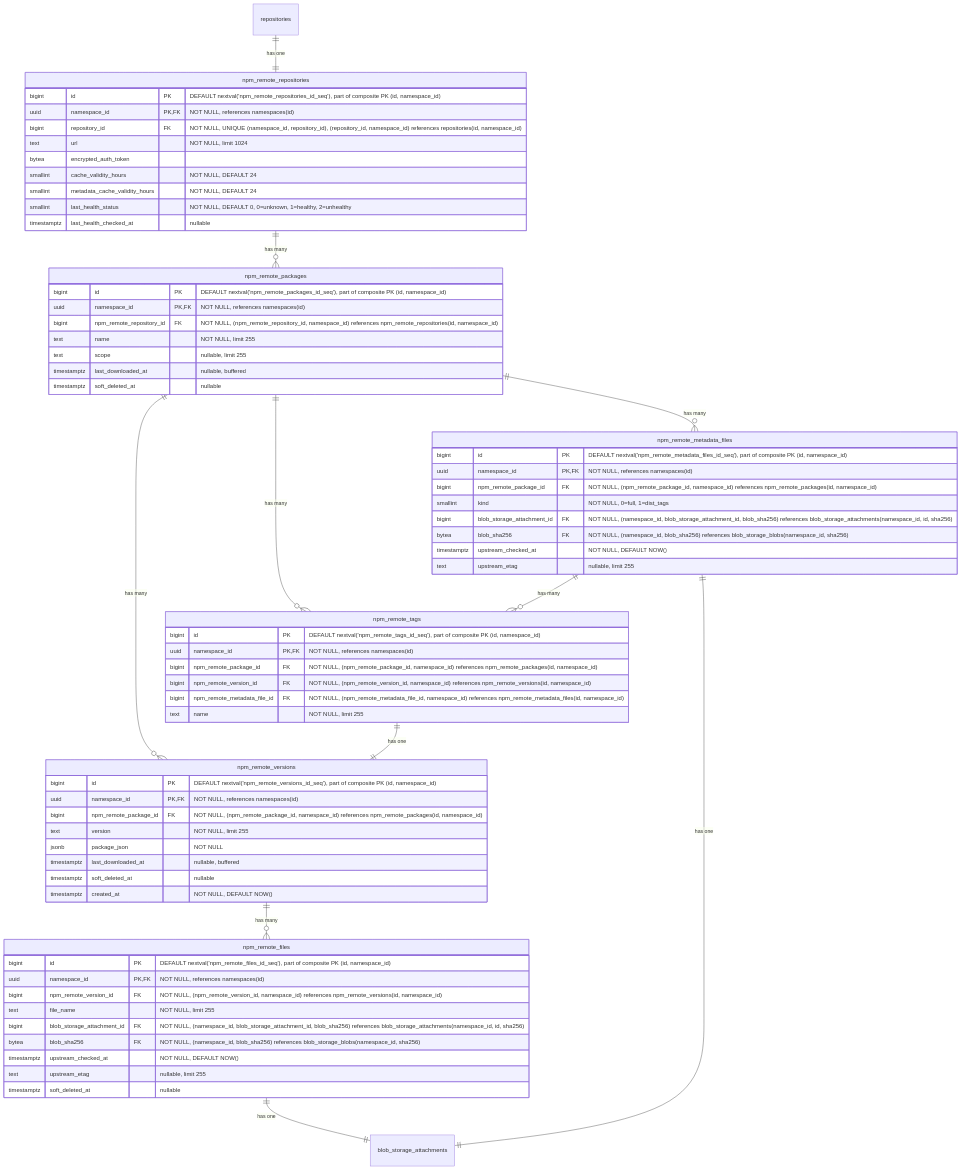
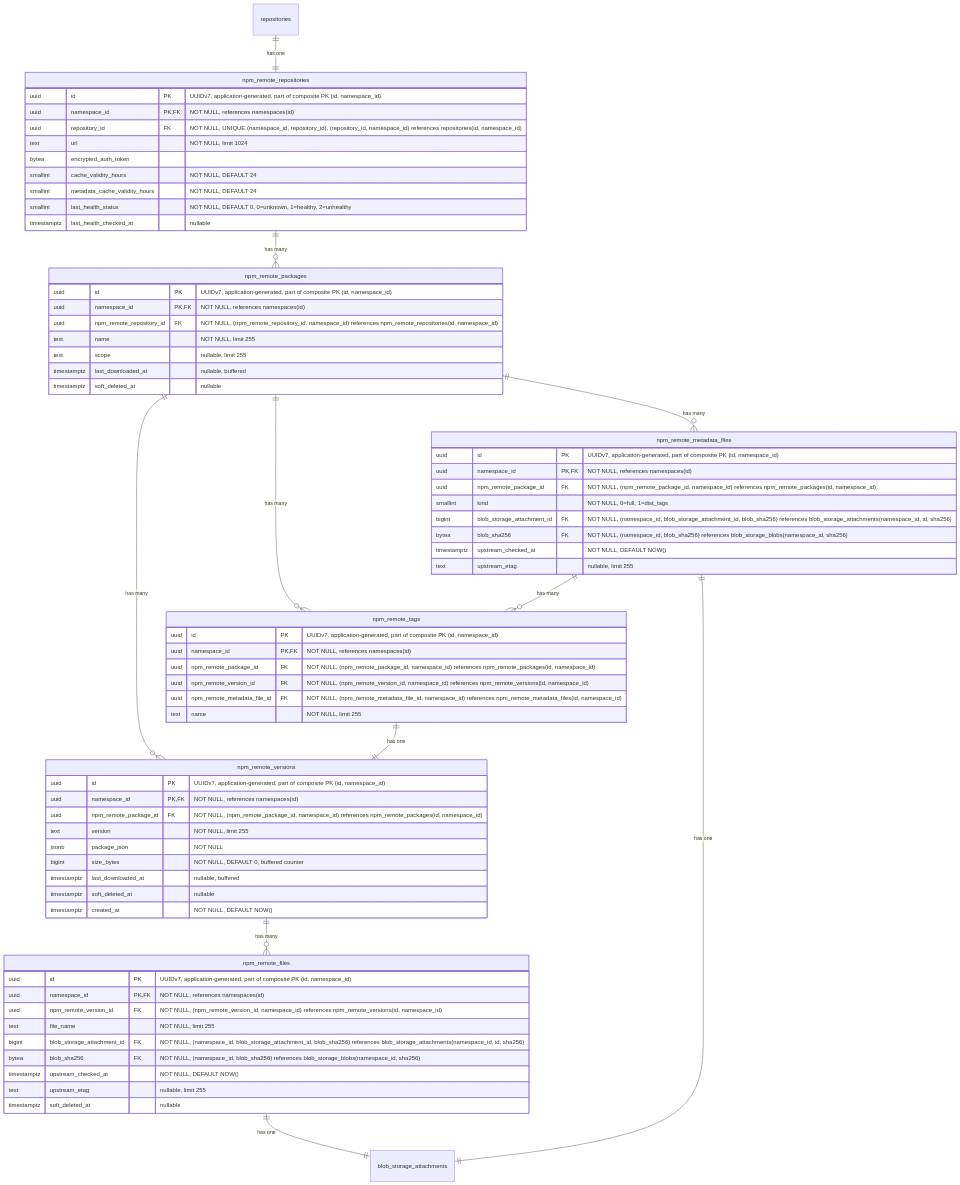
Diagram 14 of 19 in content/handbook/engineering/architecture/design-documents/artifact_registry/decisions/007_database_schema.md (kyama0/gitlab-handbook-ja), drawn with Mermaid before and after one commit. The commit also changed other lines of this file and 105 other files, not shown here.

````diff
--- a/content/handbook/engineering/architecture/design-documents/artifact_registry/decisions/007_database_schema.md
+++ b/content/handbook/engineering/architecture/design-documents/artifact_registry/decisions/007_database_schema.md
@@ -1271,78 +1286,79 @@
 ```mermaid
 erDiagram
     repositories ||--|| npm_remote_repositories : "has one"
     npm_remote_repositories ||--o{ npm_remote_packages : "has many"
     npm_remote_packages ||--o{ npm_remote_versions : "has many"
     npm_remote_packages ||--o{ npm_remote_tags : "has many"
     npm_remote_packages ||--o{ npm_remote_metadata_files : "has many"
     npm_remote_metadata_files ||--o{ npm_remote_tags : "has many"
     npm_remote_versions ||--o{ npm_remote_files : "has many"
     npm_remote_tags ||--|| npm_remote_versions : "has one"
     npm_remote_metadata_files ||--|| blob_storage_attachments : "has one"
     npm_remote_files ||--|| blob_storage_attachments : "has one"
 
     npm_remote_repositories {
-        bigint id PK "DEFAULT nextval('npm_remote_repositories_id_seq'), part of composite PK (id, namespace_id)"
+        uuid id PK "UUIDv7, application-generated, part of composite PK (id, namespace_id)"
         uuid namespace_id PK,FK "NOT NULL, references namespaces(id)"
-        bigint repository_id FK "NOT NULL, UNIQUE (namespace_id, repository_id), (repository_id, namespace_id) references repositories(id, namespace_id)"
+        uuid repository_id FK "NOT NULL, UNIQUE (namespace_id, repository_id), (repository_id, namespace_id) references repositories(id, namespace_id)"
         text url "NOT NULL, limit 1024"
         bytea encrypted_auth_token
         smallint cache_validity_hours "NOT NULL, DEFAULT 24"
         smallint metadata_cache_validity_hours "NOT NULL, DEFAULT 24"
         smallint last_health_status "NOT NULL, DEFAULT 0, 0=unknown, 1=healthy, 2=unhealthy"
         timestamptz last_health_checked_at "nullable"
     }
 
     npm_remote_packages {
-        bigint id PK "DEFAULT nextval('npm_remote_packages_id_seq'), part of composite PK (id, namespace_id)"
+        uuid id PK "UUIDv7, application-generated, part of composite PK (id, namespace_id)"
         uuid namespace_id PK,FK "NOT NULL, references namespaces(id)"
-        bigint npm_remote_repository_id FK "NOT NULL, (npm_remote_repository_id, namespace_id) references npm_remote_repositories(id, namespace_id)"
+        uuid npm_remote_repository_id FK "NOT NULL, (npm_remote_repository_id, namespace_id) references npm_remote_repositories(id, namespace_id)"
         text name "NOT NULL, limit 255"
         text scope "nullable, limit 255"
         timestamptz last_downloaded_at "nullable, buffered"
         timestamptz soft_deleted_at "nullable"
     }
 
     npm_remote_versions {
-        bigint id PK "DEFAULT nextval('npm_remote_versions_id_seq'), part of composite PK (id, namespace_id)"
+        uuid id PK "UUIDv7, application-generated, part of composite PK (id, namespace_id)"
         uuid namespace_id PK,FK "NOT NULL, references namespaces(id)"
-        bigint npm_remote_package_id FK "NOT NULL, (npm_remote_package_id, namespace_id) references npm_remote_packages(id, namespace_id)"
+        uuid npm_remote_package_id FK "NOT NULL, (npm_remote_package_id, namespace_id) references npm_remote_packages(id, namespace_id)"
         text version "NOT NULL, limit 255"
         jsonb package_json "NOT NULL"
+        bigint size_bytes "NOT NULL, DEFAULT 0, buffered counter"
         timestamptz last_downloaded_at "nullable, buffered"
         timestamptz soft_deleted_at "nullable"
         timestamptz created_at "NOT NULL, DEFAULT NOW()"
     }
 
     npm_remote_tags {
-        bigint id PK "DEFAULT nextval('npm_remote_tags_id_seq'), part of composite PK (id, namespace_id)"
+        uuid id PK "UUIDv7, application-generated, part of composite PK (id, namespace_id)"
         uuid namespace_id PK,FK "NOT NULL, references namespaces(id)"
-        bigint npm_remote_package_id FK "NOT NULL, (npm_remote_package_id, namespace_id) references npm_remote_packages(id, namespace_id)"
-        bigint npm_remote_version_id FK "NOT NULL, (npm_remote_version_id, namespace_id) references npm_remote_versions(id, namespace_id)"
-        bigint npm_remote_metadata_file_id FK "NOT NULL, (npm_remote_metadata_file_id, namespace_id) references npm_remote_metadata_files(id, namespace_id)"
+        uuid npm_remote_package_id FK "NOT NULL, (npm_remote_package_id, namespace_id) references npm_remote_packages(id, namespace_id)"
+        uuid npm_remote_version_id FK "NOT NULL, (npm_remote_version_id, namespace_id) references npm_remote_versions(id, namespace_id)"
+        uuid npm_remote_metadata_file_id FK "NOT NULL, (npm_remote_metadata_file_id, namespace_id) references npm_remote_metadata_files(id, namespace_id)"
         text name "NOT NULL, limit 255"
     }
 
     npm_remote_metadata_files {
-        bigint id PK "DEFAULT nextval('npm_remote_metadata_files_id_seq'), part of composite PK (id, namespace_id)"
+        uuid id PK "UUIDv7, application-generated, part of composite PK (id, namespace_id)"
         uuid namespace_id PK,FK "NOT NULL, references namespaces(id)"
-        bigint npm_remote_package_id FK "NOT NULL, (npm_remote_package_id, namespace_id) references npm_remote_packages(id, namespace_id)"
+        uuid npm_remote_package_id FK "NOT NULL, (npm_remote_package_id, namespace_id) references npm_remote_packages(id, namespace_id)"
         smallint kind "NOT NULL, 0=full, 1=dist_tags"
         bigint blob_storage_attachment_id FK "NOT NULL, (namespace_id, blob_storage_attachment_id, blob_sha256) references blob_storage_attachments(namespace_id, id, sha256)"
         bytea blob_sha256 FK "NOT NULL, (namespace_id, blob_sha256) references blob_storage_blobs(namespace_id, sha256)"
         timestamptz upstream_checked_at "NOT NULL, DEFAULT NOW()"
         text upstream_etag "nullable, limit 255"
     }
 
     npm_remote_files {
-        bigint id PK "DEFAULT nextval('npm_remote_files_id_seq'), part of composite PK (id, namespace_id)"
+        uuid id PK "UUIDv7, application-generated, part of composite PK (id, namespace_id)"
         uuid namespace_id PK,FK "NOT NULL, references namespaces(id)"
-        bigint npm_remote_version_id FK "NOT NULL, (npm_remote_version_id, namespace_id) references npm_remote_versions(id, namespace_id)"
+        uuid npm_remote_version_id FK "NOT NULL, (npm_remote_version_id, namespace_id) references npm_remote_versions(id, namespace_id)"
         text file_name "NOT NULL, limit 255"
         bigint blob_storage_attachment_id FK "NOT NULL, (namespace_id, blob_storage_attachment_id, blob_sha256) references blob_storage_attachments(namespace_id, id, sha256)"
         bytea blob_sha256 FK "NOT NULL, (namespace_id, blob_sha256) references blob_storage_blobs(namespace_id, sha256)"
         timestamptz upstream_checked_at "NOT NULL, DEFAULT NOW()"
         text upstream_etag "nullable, limit 255"
         timestamptz soft_deleted_at "nullable"
     }
 ```
````
